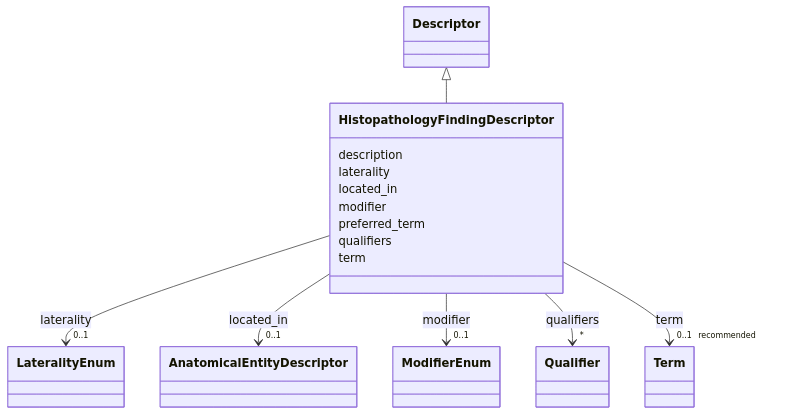
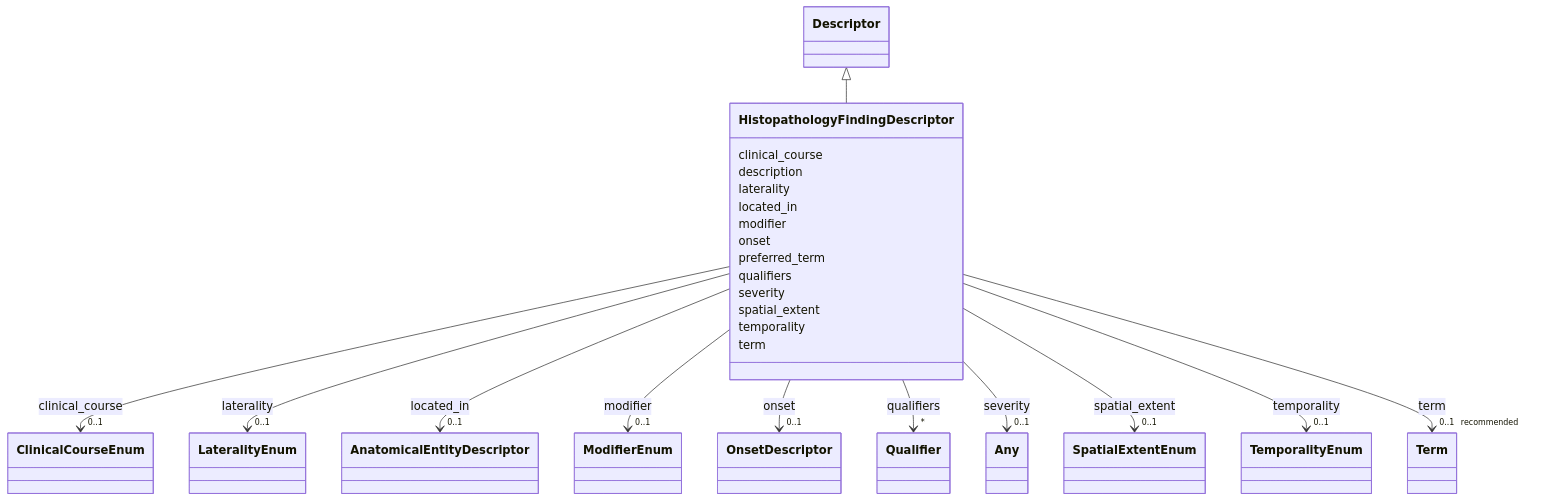
The diagram in docs/schema/classes/HistopathologyFindingDescriptor.md (monarch-initiative/dismech), drawn with Mermaid before and after one commit. The commit also changed other lines of this file and 1343 other files, not shown here.

First line of the commit message:
docs: regenerate schema docs and point design-decisions link at rendered page

```diff
--- a/docs/schema/classes/HistopathologyFindingDescriptor.md
+++ b/docs/schema/classes/HistopathologyFindingDescriptor.md
@@ -22,6 +22,17 @@
       Descriptor <|-- HistopathologyFindingDescriptor
         click Descriptor href "../../classes/Descriptor/"
       
+      HistopathologyFindingDescriptor : clinical_course
+        
+          
+    
+        
+        
+        HistopathologyFindingDescriptor --> "0..1" ClinicalCourseEnum : clinical_course
+        click ClinicalCourseEnum href "../../enums/ClinicalCourseEnum/"
+    
+
+        
       HistopathologyFindingDescriptor : description
         
       HistopathologyFindingDescriptor : laterality
@@ -57,6 +68,17 @@
     
 
         
+      HistopathologyFindingDescriptor : onset
+        
+          
+    
+        
+        
+        HistopathologyFindingDescriptor --> "0..1" OnsetDescriptor : onset
+        click OnsetDescriptor href "../../classes/OnsetDescriptor/"
+    
+
+        
       HistopathologyFindingDescriptor : preferred_term
         
       HistopathologyFindingDescriptor : qualifiers
@@ -67,6 +89,39 @@
         
         HistopathologyFindingDescriptor --> "*" Qualifier : qualifiers
         click Qualifier href "../../classes/Qualifier/"
+    
+
+        
+      HistopathologyFindingDescriptor : severity
+        
+          
+    
+        
+        
+        HistopathologyFindingDescriptor --> "0..1" Any : severity
+        click Any href "../../classes/Any/"
+    
+
+        
+      HistopathologyFindingDescriptor : spatial_extent
+        
+          
+    
+        
+        
+        HistopathologyFindingDescriptor --> "0..1" SpatialExtentEnum : spatial_extent
+        click SpatialExtentEnum href "../../enums/SpatialExtentEnum/"
+    
+
+        
+      HistopathologyFindingDescriptor : temporality
+        
+          
+    
+        
+        
+        HistopathologyFindingDescriptor --> "0..1" TemporalityEnum : temporality
+        click TemporalityEnum href "../../enums/TemporalityEnum/"
     
 
         
```
